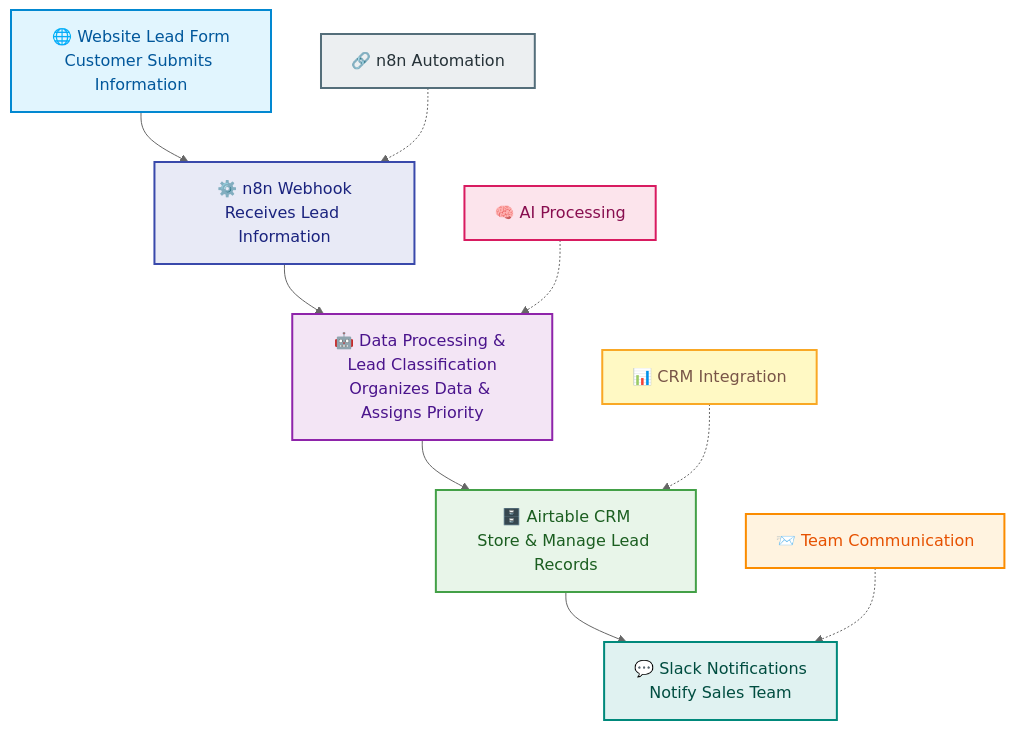
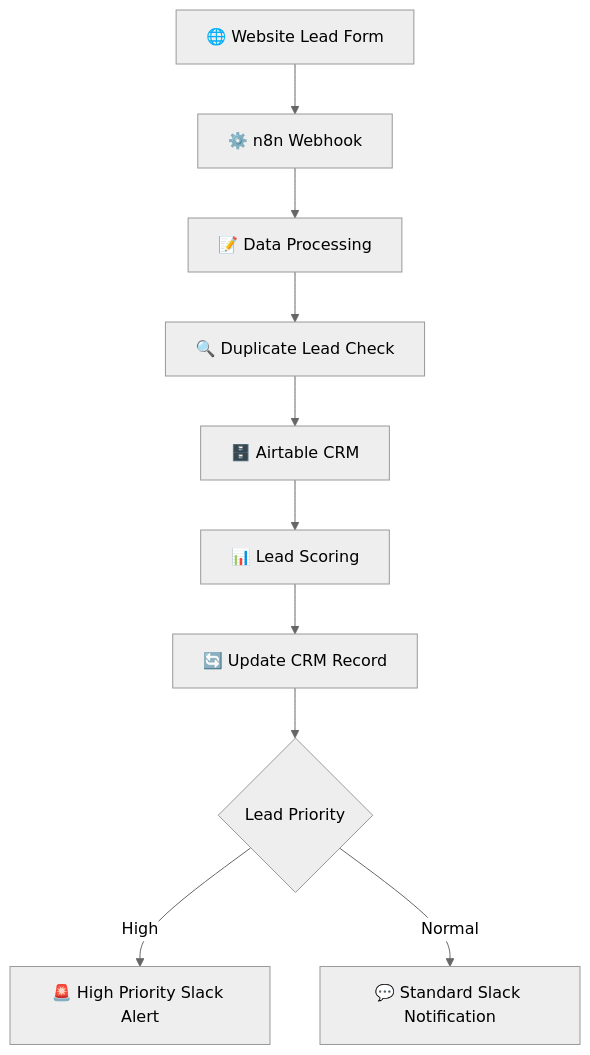
Before and after one commit to syedaliabbashamdani/ai-lead-management-crm: the diagram in README.md, drawn with Mermaid (neutral theme). The commit also changed other lines of this file, not shown here.

````diff
--- a/README.md
+++ b/README.md
@@ -26,28 +47,23 @@
-```mermaid id="air582"
+```mermaid
 flowchart TD
-    A["🌐 Website Lead Form<br/>Customer Submits Information"]
-    B["⚙️ n8n Webhook<br/>Receives Lead Information"]
-    C["🤖 Data Processing & Lead Classification<br/>Organizes Data & Assigns Priority"]
-    D["🗄️ Airtable CRM<br/>Store & Manage Lead Records"]
-    E["💬 Slack Notifications<br/>Notify Sales Team"]
+    A["🌐 Website Lead Form"]
+    B["⚙️ n8n Webhook"]
+    C["📝 Data Processing"]
+    D["🔍 Duplicate Lead Check"]
+    E["🗄️ Airtable CRM"]
+    F["📊 Lead Scoring"]
+    G["🔄 Update CRM Record"]
+    H{"Lead Priority"}
+    I["🚨 High Priority Slack Alert"]
+    J["💬 Standard Slack Notification"]
 
     A --> B
     B --> C
     C --> D
     D --> E
-
-    F["🔗 n8n Automation"] -.-> B
-    G["🧠 AI Processing"] -.-> C
-    H["📊 CRM Integration"] -.-> D
-    I["📨 Team Communication"] -.-> E
-
-    style A fill:#E1F5FE,stroke:#0288D1,stroke-width:2px,color:#01579B
-    style B fill:#E8EAF6,stroke:#3949AB,stroke-width:2px,color:#1A237E
-    style C fill:#F3E5F5,stroke:#8E24AA,stroke-width:2px,color:#4A148C
-    style D fill:#E8F5E9,stroke:#43A047,stroke-width:2px,color:#1B5E20
-    style E fill:#E0F2F1,stroke:#00897B,stroke-width:2px,color:#004D40
-    style F fill:#ECEFF1,stroke:#546E7A,stroke-width:2px,color:#263238
-    style G fill:#FCE4EC,stroke:#D81B60,stroke-width:2px,color:#880E4F
-    style H fill:#FFF9C4,stroke:#F9A825,stroke-width:2px,color:#795548
-    style I fill:#FFF3E0,stroke:#FB8C00,stroke-width:2px,color:#E65100
+    E --> F
+    F --> G
+    G --> H
+    H -->|High| I
+    H -->|Normal| J
 ```
````
